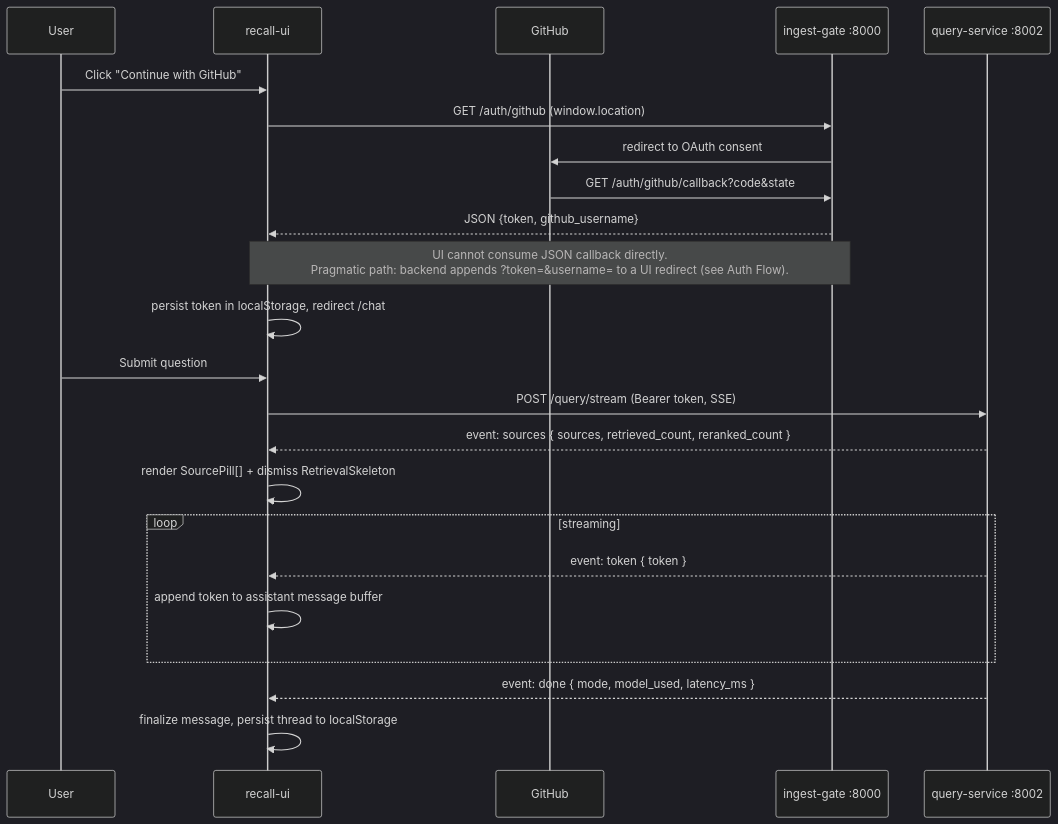
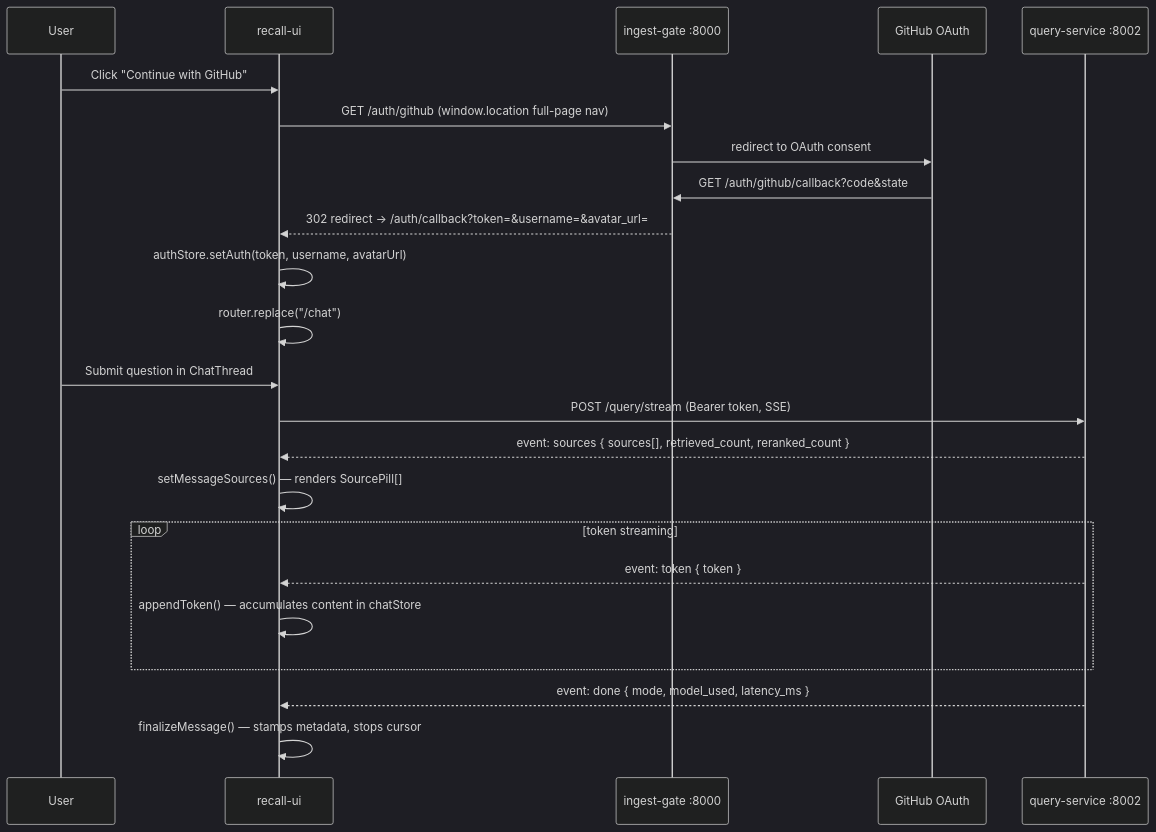
One commit to mhkhan4/recall-ui changed the first of 2 diagrams in architecture.md. Above: the diagram before and after it, drawn with Mermaid (dark theme). The commit also changed other lines of this file and 2 other files, not shown here.

First line of the commit message:
fix: eliminate chat streaming jitter; update architecture doc

````diff
--- a/architecture.md
+++ b/architecture.md
@@ -180,27 +88,27 @@
 ```mermaid
 sequenceDiagram
     participant U as User
     participant UI as recall-ui
-    participant GH as GitHub
     participant IG as ingest-gate :8000
+    participant GH as GitHub OAuth
     participant QS as query-service :8002
 
     U->>UI: Click "Continue with GitHub"
-    UI->>IG: GET /auth/github (window.location)
+    UI->>IG: GET /auth/github (window.location full-page nav)
     IG->>GH: redirect to OAuth consent
     GH->>IG: GET /auth/github/callback?code&state
-    IG-->>UI: JSON {token, github_username}
-    Note over UI,IG: UI cannot consume JSON callback directly.<br/>Pragmatic path: backend appends ?token=&username= to a UI redirect (see Auth Flow).
-    UI->>UI: persist token in localStorage, redirect /chat
+    IG-->>UI: 302 redirect → /auth/callback?token=&username=&avatar_url=
+    UI->>UI: authStore.setAuth(token, username, avatarUrl)
+    UI->>UI: router.replace("/chat")
 
-    U->>UI: Submit question
+    U->>UI: Submit question in ChatThread
     UI->>QS: POST /query/stream (Bearer token, SSE)
-    QS-->>UI: event: sources  { sources, retrieved_count, reranked_count }
-    UI->>UI: render SourcePill[] + dismiss RetrievalSkeleton
-    loop streaming
-      QS-->>UI: event: token { token }
-      UI->>UI: append token to assistant message buffer
+    QS-->>UI: event: sources { sources[], retrieved_count, reranked_count }
+    UI->>UI: setMessageSources() — renders SourcePill[]
+    loop token streaming
+        QS-->>UI: event: token { token }
+        UI->>UI: appendToken() — accumulates content in chatStore
     end
     QS-->>UI: event: done { mode, model_used, latency_ms }
-    UI->>UI: finalize message, persist thread to localStorage
+    UI->>UI: finalizeMessage() — stamps metadata, stops cursor
 ```
````
